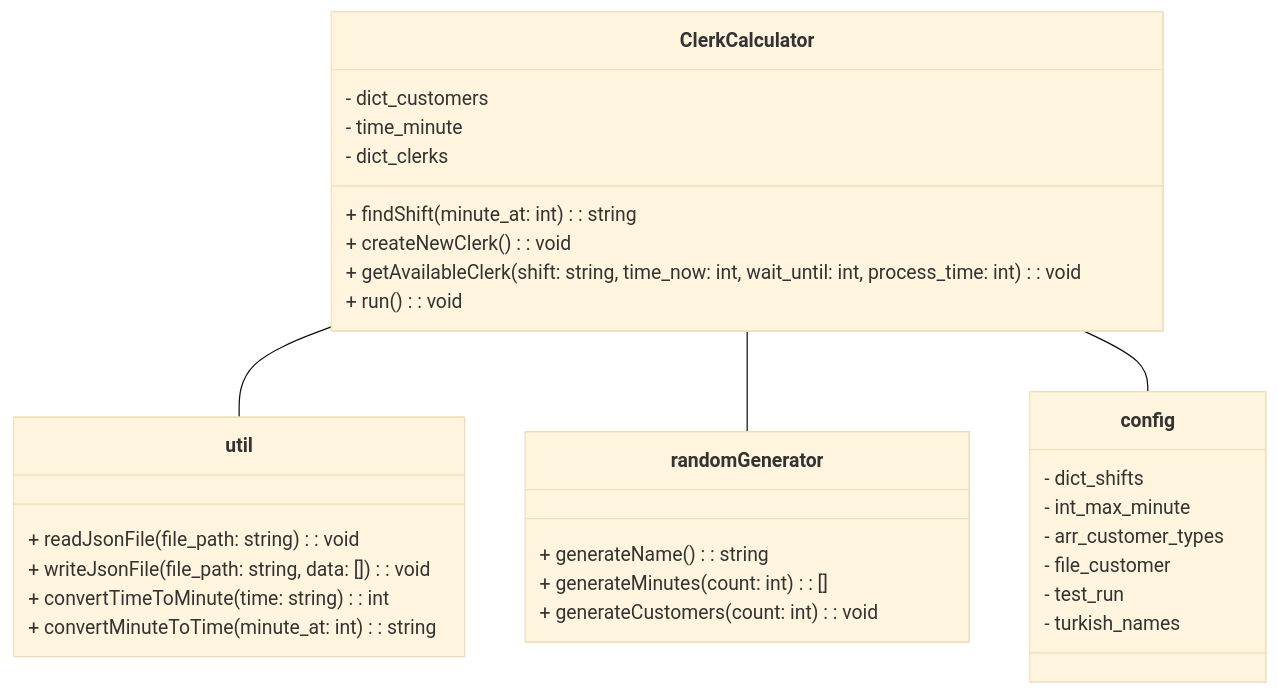
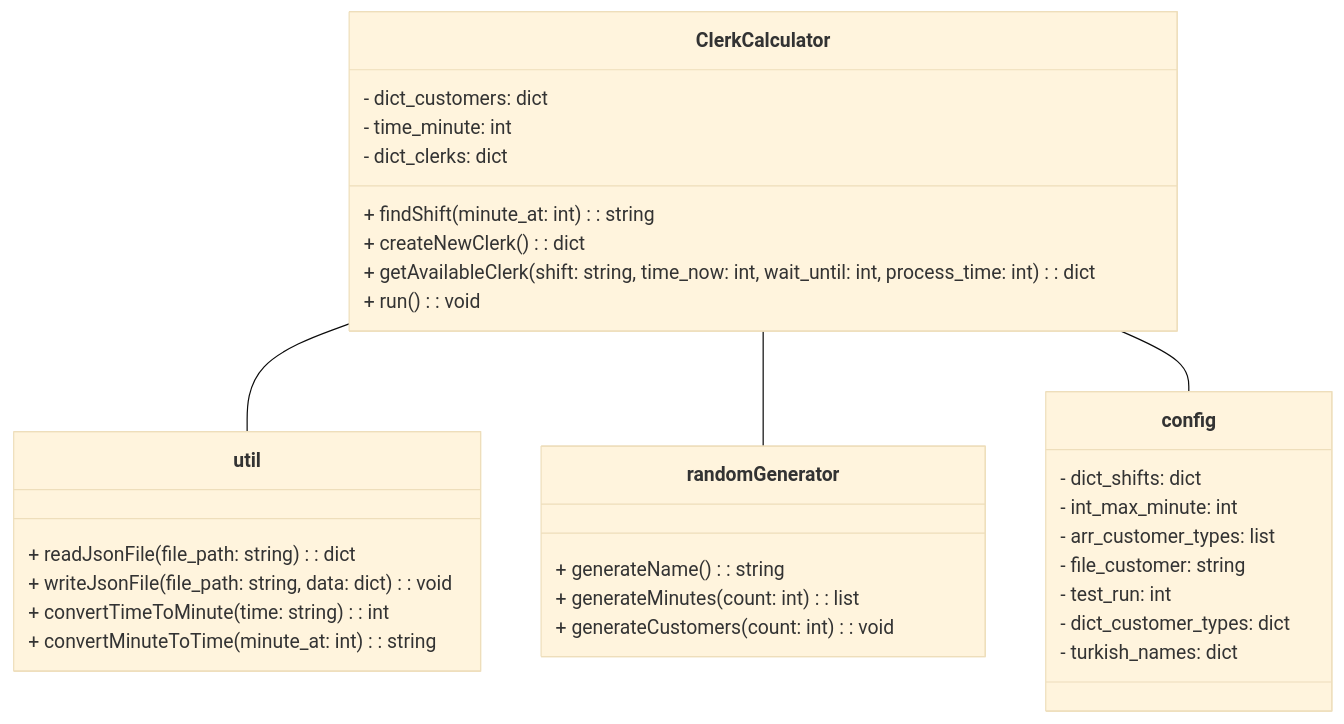
The first of 2 diagrams in README.md (duhanguler/ceng303), drawn with Mermaid (base theme) before and after one commit.

````diff
--- a/README.md
+++ b/README.md
@@ -94,40 +94,42 @@
 ```mermaid
 classDiagram
   class ClerkCalculator {
-    - dict_customers
-    - time_minute
-    - dict_clerks
+    - dict_customers: dict
+    - time_minute: int
+    - dict_clerks: dict
 
     + findShift(minute_at: int): string
-    + createNewClerk(): void
-    + getAvailableClerk(shift: string, time_now: int, wait_until: int, process_time: int): void
+    + createNewClerk(): dict
+    + getAvailableClerk(shift: string, time_now: int, wait_until: int, process_time: int): dict
     + run(): void
   }
 
   class util {
-    + readJsonFile(file_path: string): void
-    + writeJsonFile(file_path: string, data: []): void
+    + readJsonFile(file_path: string): dict
+    + writeJsonFile(file_path: string, data: dict): void
     + convertTimeToMinute(time: string): int
     + convertMinuteToTime(minute_at: int): string
   }
 
   class randomGenerator {
     + generateName(): string
-    + generateMinutes(count: int): []
+    + generateMinutes(count: int): list
     + generateCustomers(count: int): void
   }
 
   class config {
-    - dict_shifts
-    - int_max_minute
-    - arr_customer_types
-    - file_customer
-    - test_run
-    - turkish_names
+    - dict_shifts: dict
+    - int_max_minute: int
+    - arr_customer_types: list
+    - file_customer: string
+    - test_run: int
+    - dict_customer_types: dict
+    - turkish_names: dict
   }
 
   ClerkCalculator -- util
   ClerkCalculator -- randomGenerator
   ClerkCalculator -- config
 
+
 ```
````
